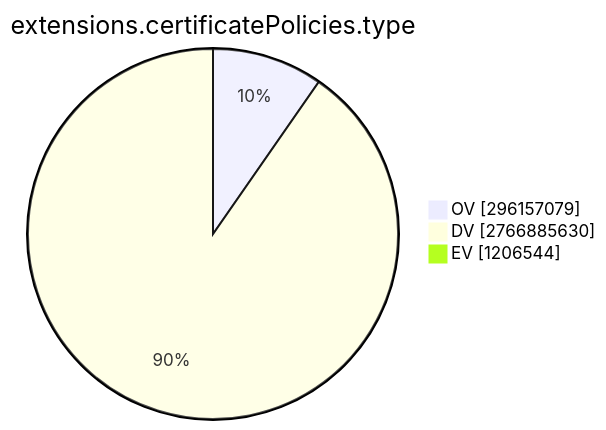
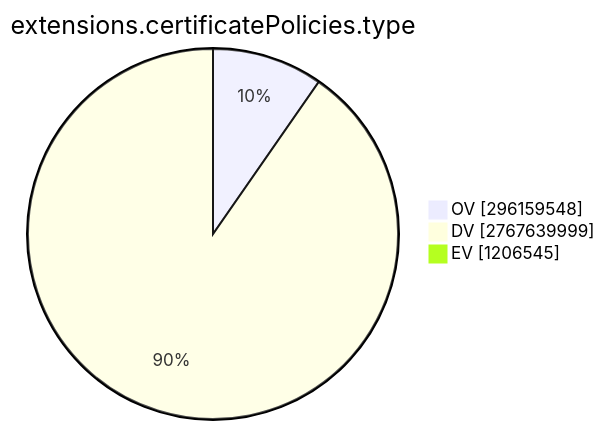
One commit to christiankrug/ctmonitor_visualization changed the ninth of 15 diagrams in TOTAL/README.md. Above: the diagram before and after it, drawn with Mermaid. The commit also changed other lines of this file, not shown here.

````diff
--- a/TOTAL/README.md
+++ b/TOTAL/README.md
@@ -3099,7 +3099,7 @@
 ```mermaid
 pie showData
 title extensions.certificatePolicies.type
-"OV" :296157079
-"DV" :2766885630
-"EV" :1206544
+"OV" :296159548
+"DV" :2767639999
+"EV" :1206545
 ```
````
